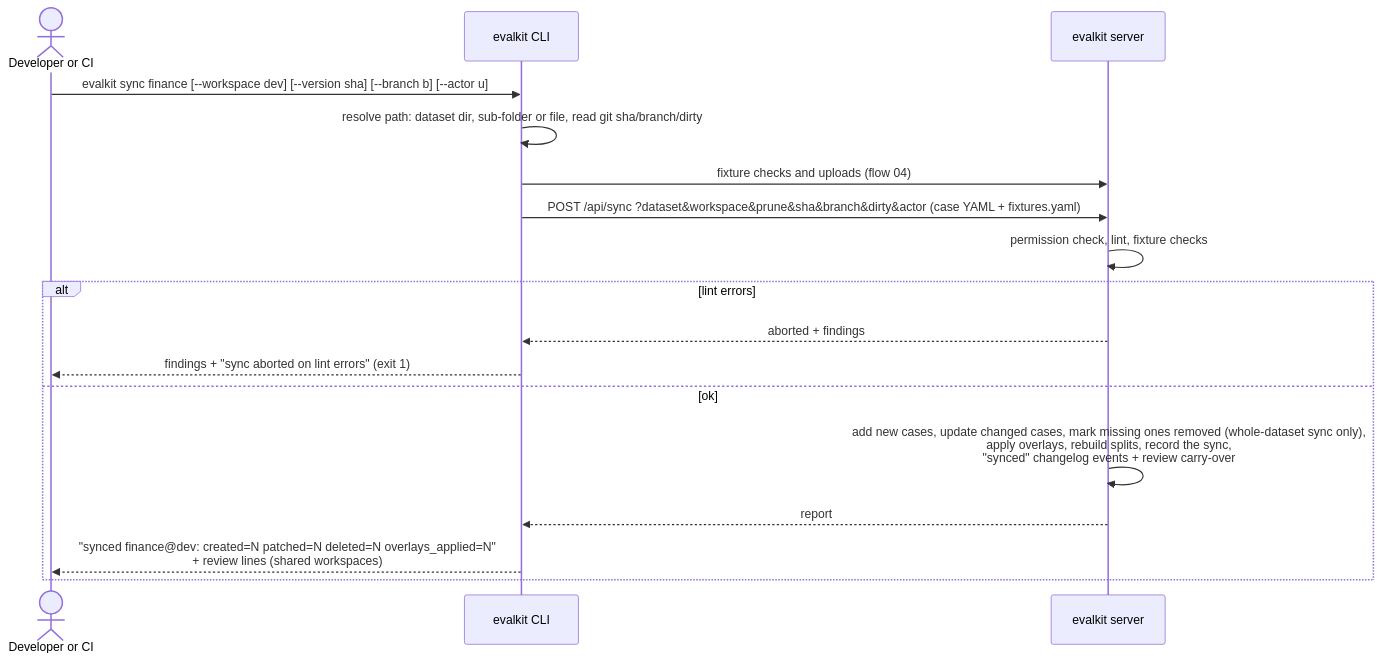
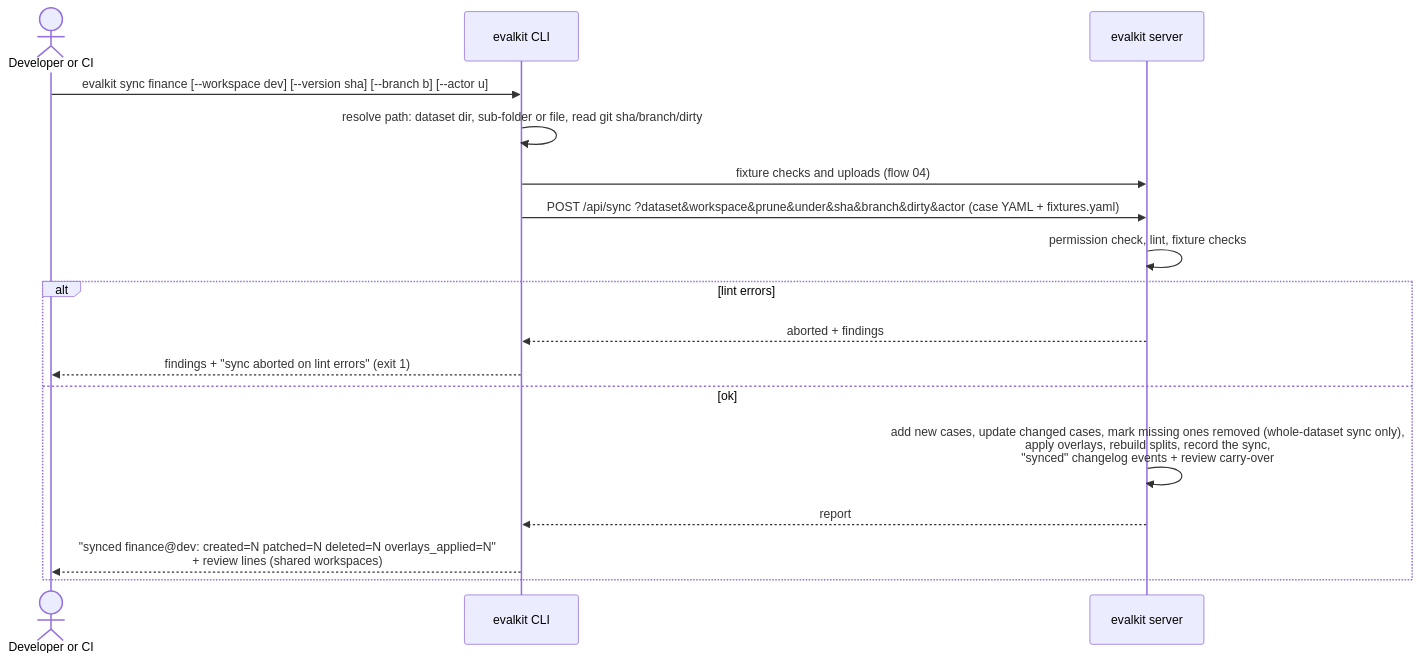
The second of 3 diagrams in docs/flows/03-lint-and-sync-suite.md (inferedge-ai/evalkit), drawn with Mermaid before and after one commit. The commit also changed other lines of this file and 26 other files, not shown here.

````diff
--- a/docs/flows/03-lint-and-sync-suite.md
+++ b/docs/flows/03-lint-and-sync-suite.md
@@ -41,19 +41,19 @@
 ```mermaid
 sequenceDiagram
   actor Dev as Developer or CI
   participant CLI as evalkit CLI
   participant S as evalkit server
   Dev->>CLI: evalkit sync finance [--workspace dev] [--version sha] [--branch b] [--actor u]
   CLI->>CLI: resolve path: dataset dir, sub-folder or file, read git sha/branch/dirty
   CLI->>S: fixture checks and uploads (flow 04)
-  CLI->>S: POST /api/sync ?dataset&workspace&prune&sha&branch&dirty&actor (case YAML + fixtures.yaml)
+  CLI->>S: POST /api/sync ?dataset&workspace&prune&under&sha&branch&dirty&actor (case YAML + fixtures.yaml)
   S->>S: permission check, lint, fixture checks
   alt lint errors
     S-->>CLI: aborted + findings
     CLI-->>Dev: findings + "sync aborted on lint errors" (exit 1)
   else ok
     S->>S: add new cases, update changed cases, mark missing ones removed (whole-dataset sync only),<br/>apply overlays, rebuild splits, record the sync,<br/>"synced" changelog events + review carry-over
     S-->>CLI: report
     CLI-->>Dev: "synced finance@dev: created=N patched=N deleted=N overlays_applied=N"<br/>+ review lines (shared workspaces)
   end
 ```
````
